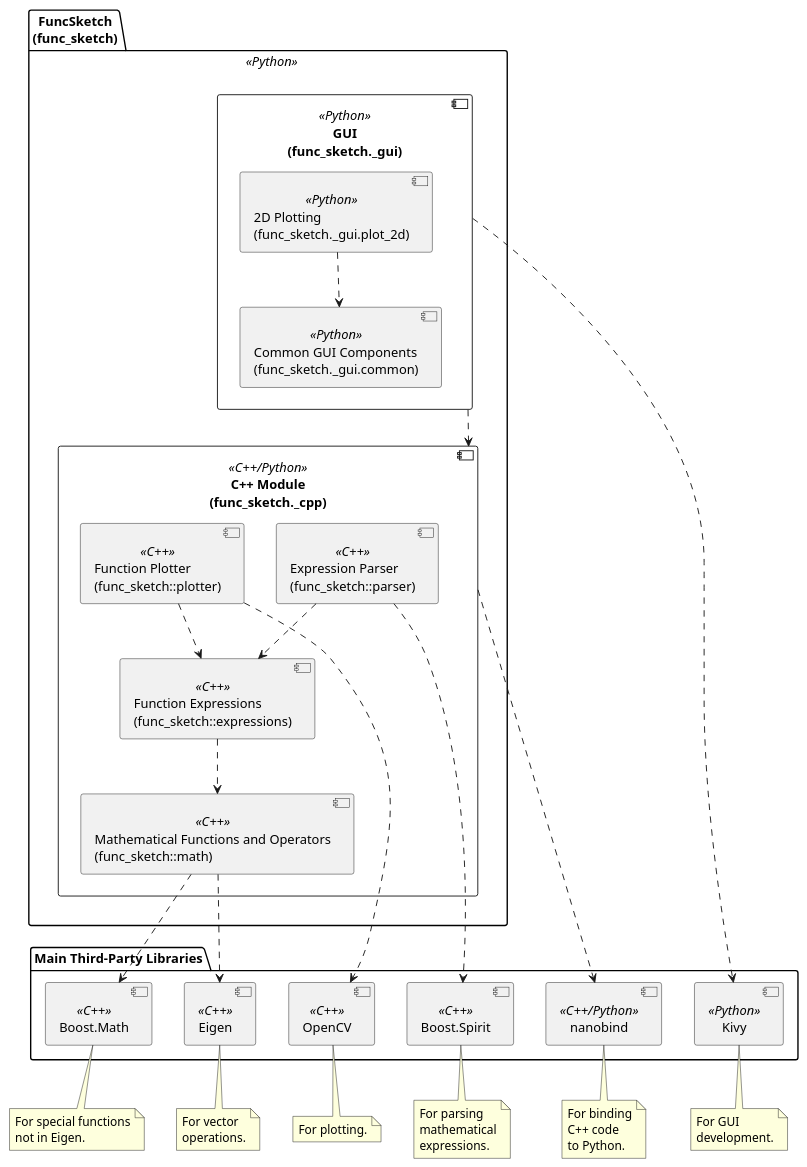
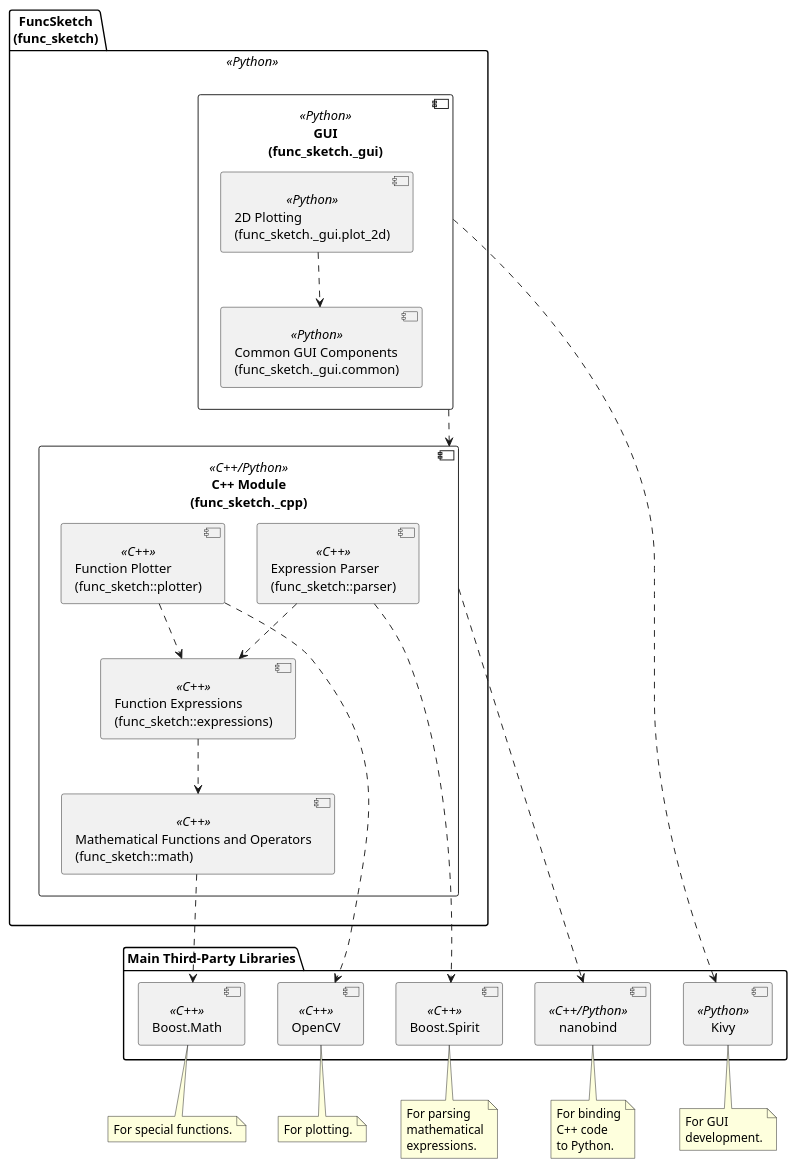
One commit to MusicScience37/FuncSketch changed the diagram in docs/sphinx/design_notes/modules.puml. Above: the diagram before and after it, drawn with PlantUML. The commit also changed 8 other files, not shown here.

Commit message:
:recycle: Remove Eigen since Eigen is not used.

```diff
--- a/docs/sphinx/design_notes/modules.puml
+++ b/docs/sphinx/design_notes/modules.puml
@@ -1,77 +1,68 @@
 @startuml structure_module
 
 package "FuncSketch\n(func_sketch)" <<Python>> {
     component "GUI\n(func_sketch._gui)" <<Python>> as gui {
         component "2D Plotting\n(func_sketch._gui.plot_2d)" <<Python>> as plot_2d
         component "Common GUI Components\n(func_sketch._gui.common)" <<Python>> as common
     }
 
     component "C++ Module\n(func_sketch._cpp)" <<C++/Python>> as cpp_module {
         component "Function Plotter\n(func_sketch::plotter)" <<C++>> as plotter
         component "Function Expressions\n(func_sketch::expressions)" <<C++>> as expressions
         component "Expression Parser\n(func_sketch::parser)" <<C++>> as parser
         component "Mathematical Functions and Operators\n(func_sketch::math)" <<C++>> as math
     }
 }
 
 package "Main Third-Party Libraries" {
     component "Kivy" <<Python>>
 
     component "Boost.Spirit" <<C++>>
     component "Boost.Math" <<C++>>
-    component "Eigen" <<C++>>
     component "OpenCV" <<C++>>
     component "nanobind" <<C++/Python>>
 }
 
 gui ...> cpp_module
 plot_2d ..> common
 parser ..> expressions
 plotter ..> expressions
 expressions ..> math
 
 gui ..> "Kivy"
 parser ..> "Boost.Spirit"
-math ..> "Eigen"
 math ..> "Boost.Math"
 plotter ..> "OpenCV"
 cpp_module ..> "nanobind"
 
 note as boost_spirit_note
     For parsing
     mathematical
     expressions.
 end note
 "Boost.Spirit" .. boost_spirit_note
 
 note as boost_math_note
-    For special functions
-    not in Eigen.
+    For special functions.
 end note
 "Boost.Math" .. boost_math_note
-
-note as eigen_note
-    For vector
-    operations.
-end note
-"Eigen" .. eigen_note
 
 note as opencv_note
     For plotting.
 end note
 "OpenCV" .. opencv_note
 
 note as nanobind_note
     For binding
     C++ code
     to Python.
 end note
 "nanobind" .. nanobind_note
 
 note as kivy_note
     For GUI
     development.
 end note
 "Kivy" .. kivy_note
 
 @enduml
```
